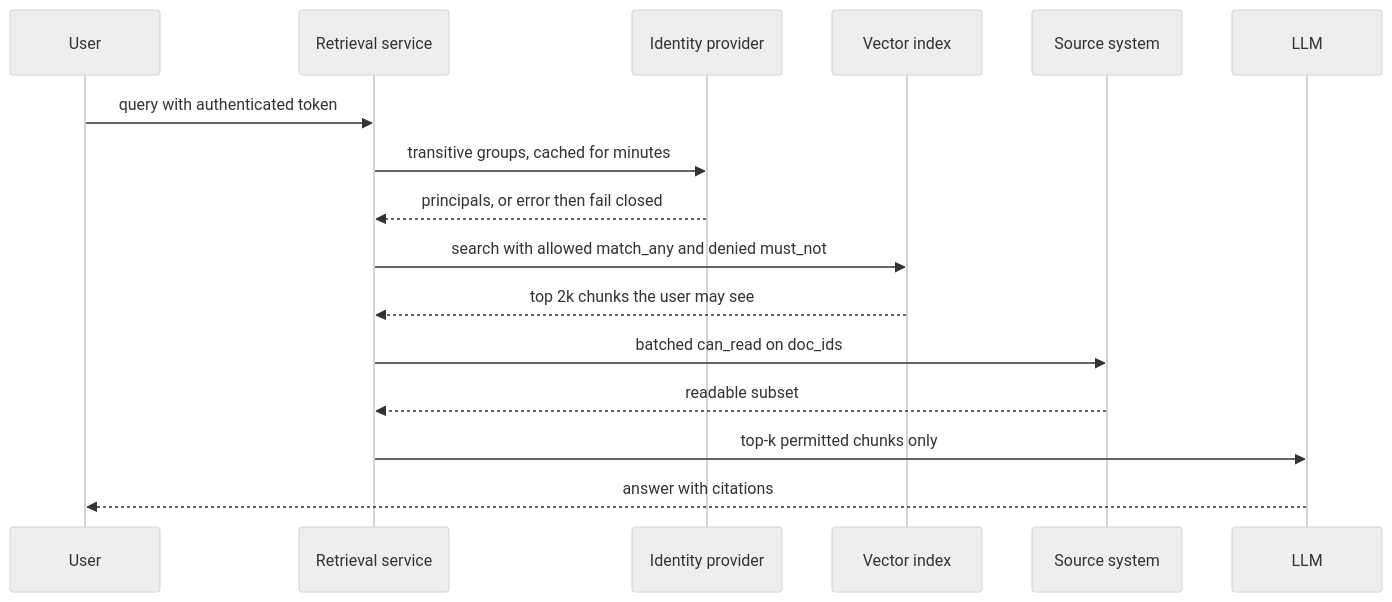
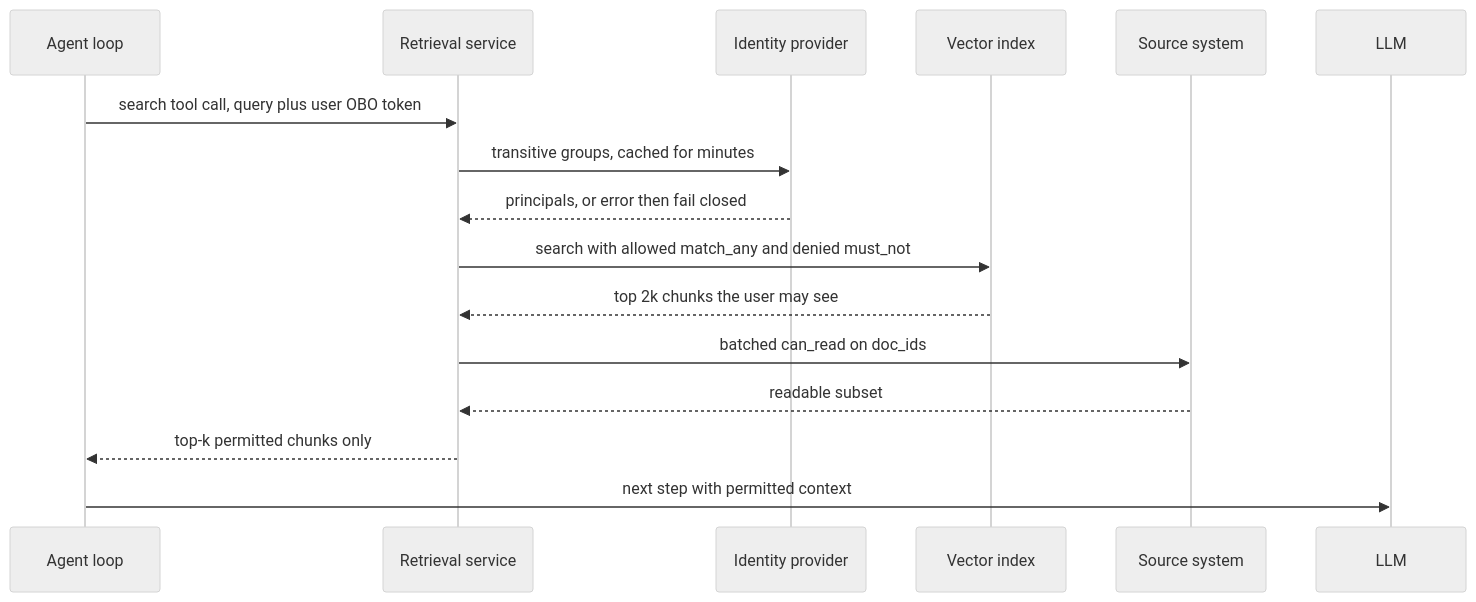
The diagram in content/rag-retrieval/acl-aware-retrieval.md (lovishmahajan97/agentic-learning), drawn with Mermaid (neutral theme) before and after one commit. The commit also changed other lines of this file and 266 other files, not shown here.

````diff
--- a/content/rag-retrieval/acl-aware-retrieval.md
+++ b/content/rag-retrieval/acl-aware-retrieval.md
@@ -146,18 +169,18 @@
 ```mermaid
 sequenceDiagram
-    participant U as User
+    participant A as Agent loop
     participant R as Retrieval service
     participant I as Identity provider
     participant V as Vector index
     participant S as Source system
     participant L as LLM
-    U->>R: query with authenticated token
+    A->>R: search tool call, query plus user OBO token
     R->>I: transitive groups, cached for minutes
     I-->>R: principals, or error then fail closed
     R->>V: search with allowed match_any and denied must_not
     V-->>R: top 2k chunks the user may see
     R->>S: batched can_read on doc_ids
     S-->>R: readable subset
-    R->>L: top-k permitted chunks only
-    L-->>U: answer with citations
+    R-->>A: top-k permitted chunks only
+    A->>L: next step with permitted context
 ```
````
